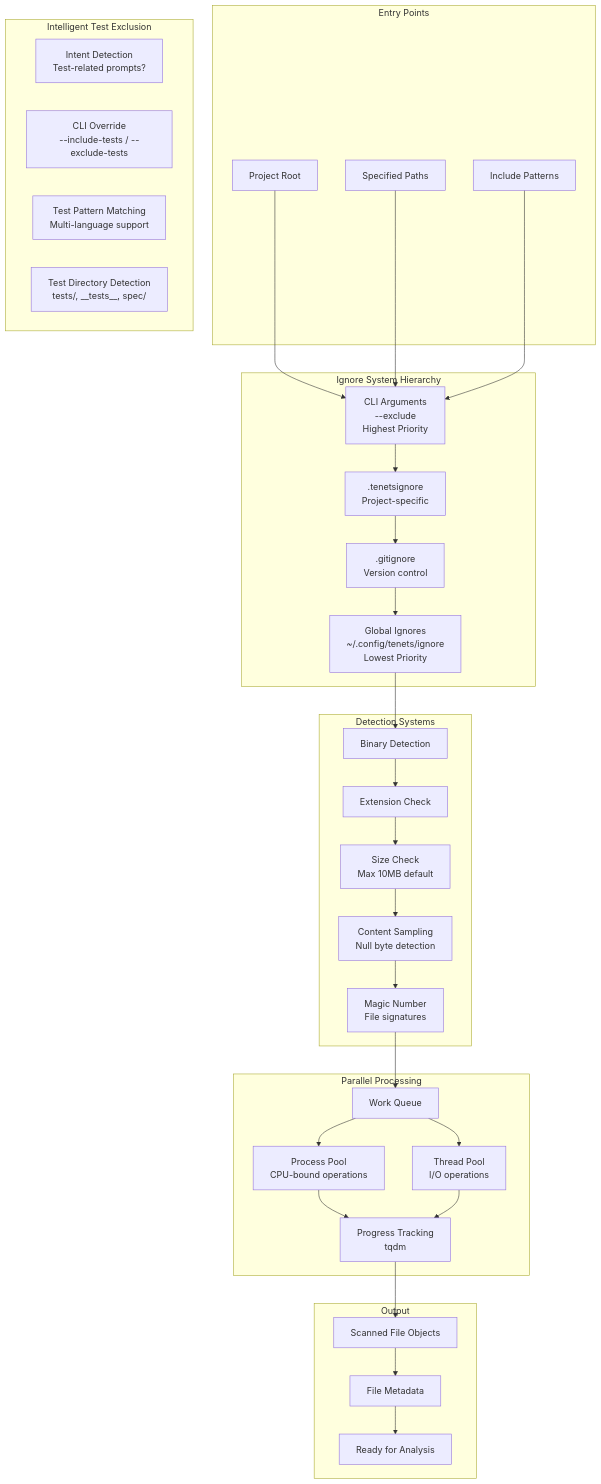
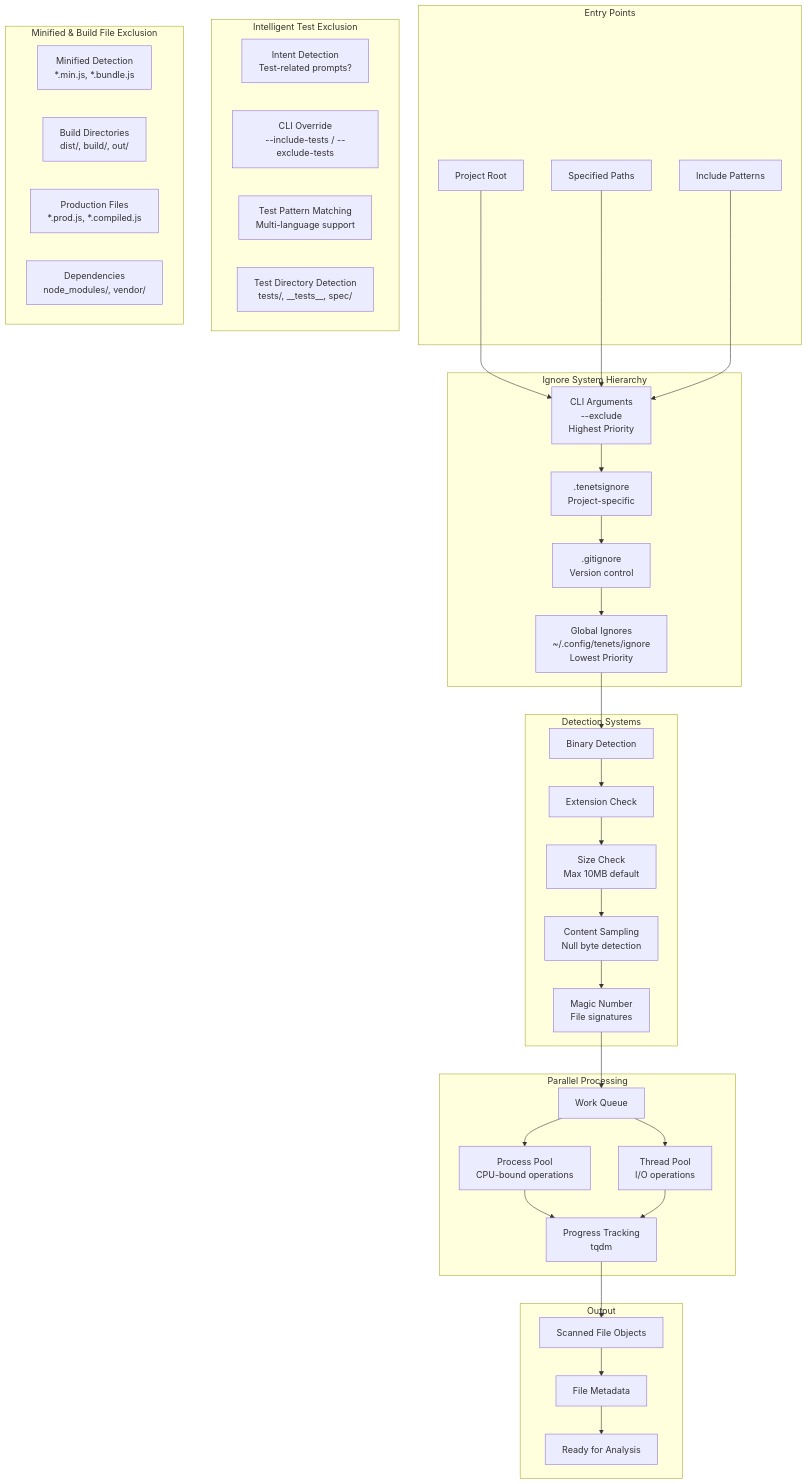
The fifth of 32 diagrams in docs/ARCHITECTURE.md (jddunn/tenets), drawn with Mermaid before and after one commit. The commit also changed other lines of this file and 19 other files, not shown here.

````diff
--- a/docs/ARCHITECTURE.md
+++ b/docs/ARCHITECTURE.md
@@ -356,66 +565,73 @@
 ```mermaid
 graph TD
     subgraph "Entry Points"
         ROOT[Project Root]
         PATHS[Specified Paths]
         PATTERNS[Include Patterns]
     end
 
     subgraph "Ignore System Hierarchy"
         CLI_IGNORE[CLI Arguments<br/>--exclude<br/>Highest Priority]
         TENETS_IGNORE[.tenetsignore<br/>Project-specific]
         GIT_IGNORE[.gitignore<br/>Version control]
         GLOBAL_IGNORE[Global Ignores<br/>~/.config/tenets/ignore<br/>Lowest Priority]
     end
     subgraph "Intelligent Test Exclusion"
         INTENT_DETECT[Intent Detection<br/>Test-related prompts?]
         CLI_OVERRIDE[CLI Override<br/>--include-tests / --exclude-tests]
         TEST_PATTERNS[Test Pattern Matching<br/>Multi-language support]
         TEST_DIRS[Test Directory Detection<br/>tests/, __tests__, spec/]
+    end
+
+    subgraph "Minified & Build File Exclusion"
+        MINIFIED_CHECK[Minified Detection<br/>*.min.js, *.bundle.js]
+        BUILD_DIRS[Build Directories<br/>dist/, build/, out/]
+        PROD_FILES[Production Files<br/>*.prod.js, *.compiled.js]
+        NODE_MODULES[Dependencies<br/>node_modules/, vendor/]
     end
 
     subgraph "Detection Systems"
         BINARY_DET[Binary Detection]
         EXT_CHECK[Extension Check]
         SIZE_CHECK[Size Check<br/>Max 10MB default]
         CONTENT_CHECK[Content Sampling<br/>Null byte detection]
         MAGIC_CHECK[Magic Number<br/>File signatures]
     end
 
     subgraph "Parallel Processing"
         WORK_QUEUE[Work Queue]
         PROCESS_POOL[Process Pool<br/>CPU-bound operations]
         THREAD_POOL[Thread Pool<br/>I/O operations]
         PROGRESS[Progress Tracking<br/>tqdm]
     end
 
     subgraph "Output"
         SCANNED_FILE[Scanned File Objects]
         METADATA[File Metadata]
         ANALYSIS_READY[Ready for Analysis]
     end
 
     ROOT --> CLI_IGNORE
     PATHS --> CLI_IGNORE
     PATTERNS --> CLI_IGNORE
 
     CLI_IGNORE --> TENETS_IGNORE
     TENETS_IGNORE --> GIT_IGNORE
     GIT_IGNORE --> GLOBAL_IGNORE
 
     GLOBAL_IGNORE --> BINARY_DET
     BINARY_DET --> EXT_CHECK
     EXT_CHECK --> SIZE_CHECK
     SIZE_CHECK --> CONTENT_CHECK
     CONTENT_CHECK --> MAGIC_CHECK
 
     MAGIC_CHECK --> WORK_QUEUE
     WORK_QUEUE --> PROCESS_POOL
     WORK_QUEUE --> THREAD_POOL
     PROCESS_POOL --> PROGRESS
     THREAD_POOL --> PROGRESS
 
     PROGRESS --> SCANNED_FILE
     SCANNED_FILE --> METADATA
     METADATA --> ANALYSIS_READY
 ```
````
